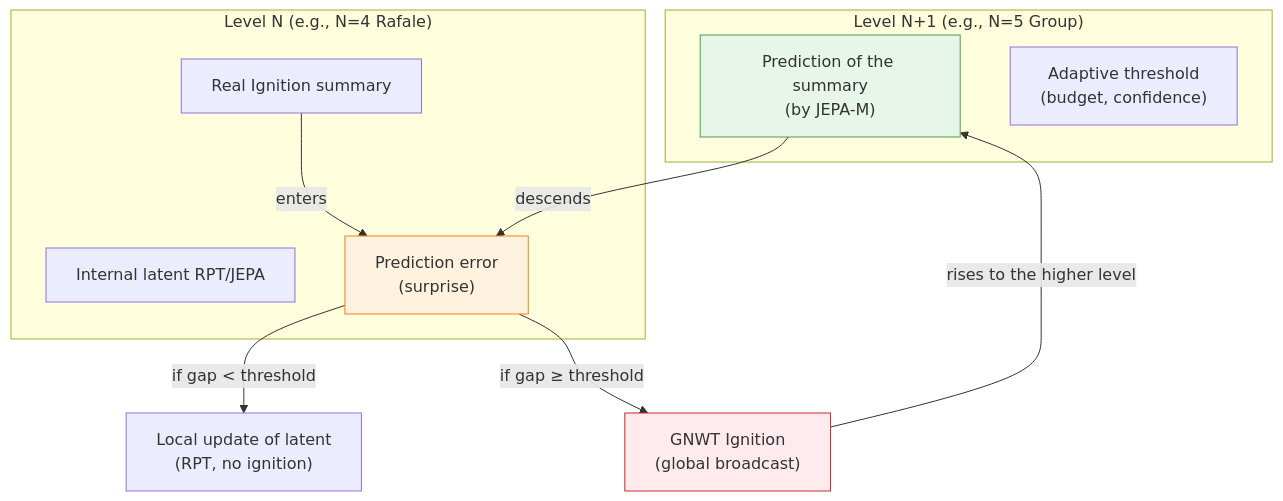
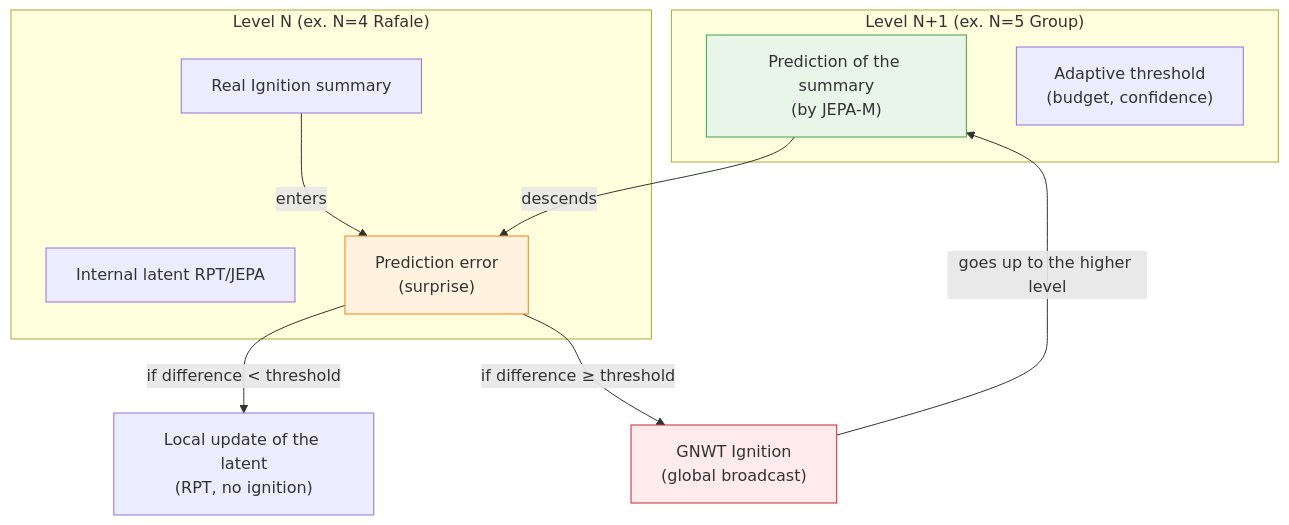
Before and after one commit to AlainCo/GNWT-Garrigue-X-en: the third of 7 diagrams in concepts/concepts.md, drawn with Mermaid. The commit also changed other lines of this file and 31 other files, not shown here.

````diff
--- a/concepts/concepts.md
+++ b/concepts/concepts.md
@@ -126,24 +124,24 @@
 ```mermaid
 flowchart TD
-    subgraph LevelSup ["Level N+1 (e.g., N=5 Group)"]
+    subgraph NiveauSup ["Level N+1 (ex. N=5 Group)"]
         Pred["Prediction of the summary\n(by JEPA-M)"]
         Seuil["Adaptive threshold\n(budget, confidence)"]
     end
 
-    subgraph LevelInf ["Level N (e.g., N=4 Rafale)"]
+    subgraph NiveauInf ["Level N (ex. N=4 Rafale)"]
         Latent["Internal latent RPT/JEPA"]
         Ignition["Real Ignition summary"]
         Erreur["Prediction error\n(surprise)"]
     end
 
     Pred -->|"descends"| Erreur
     Ignition -->|"enters"| Erreur
-    Erreur -->|"if gap < threshold"| MiseAJour["Local update of latent\n(RPT, no ignition)"]
-    Erreur -->|"if gap ≥ threshold"| GNWT["GNWT Ignition\n(global broadcast)"]
+    Erreur -->|"if difference < threshold"| MiseAJour["Local update of the latent\n(RPT, no ignition)"]
+    Erreur -->|"if difference ≥ threshold"| GNWT["GNWT Ignition\n(global broadcast)"]
 
-    GNWT -->|"rises to the higher level"| Pred
+    GNWT -->|"goes up to the higher level"| Pred
 
     style Pred fill:#e8f5e9,stroke:#43a047
     style Erreur fill:#fff3e0,stroke:#f57f17
     style GNWT fill:#ffebee,stroke:#c62828
 ```
````
